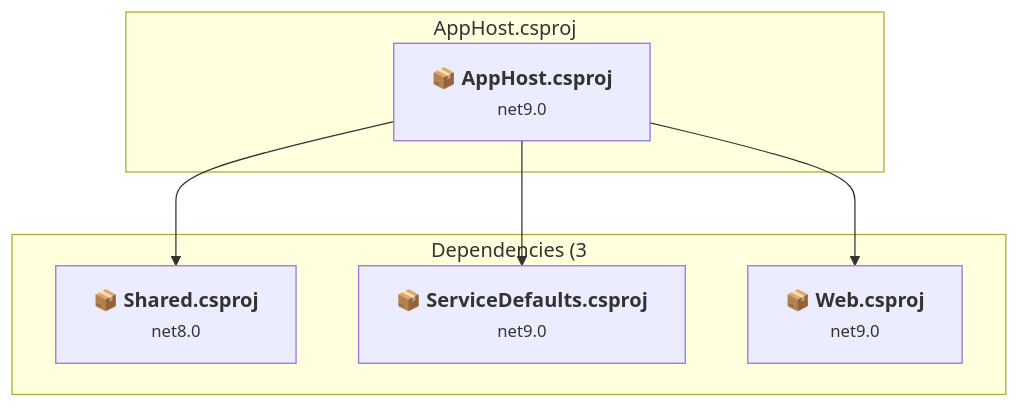
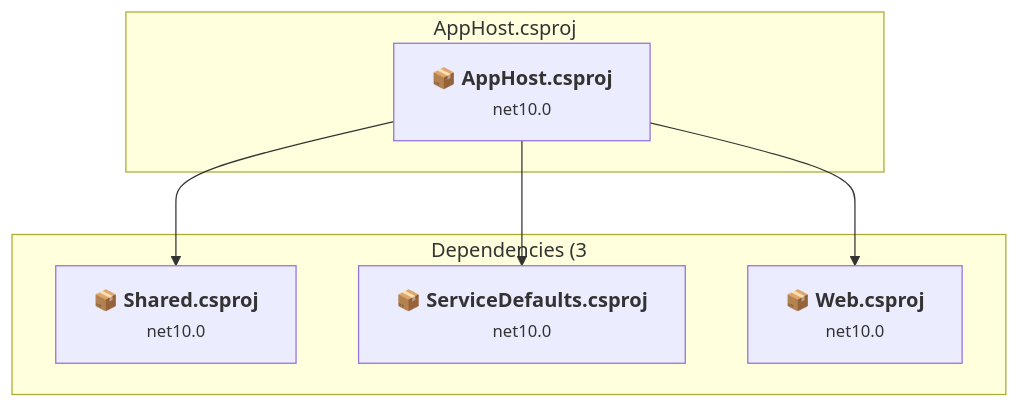
One commit to mpaulosky/ArticlesSite changed the third of 10 diagrams in .github/upgrades/assessment.md. Above: the diagram before and after it, drawn with Mermaid. The commit also changed other lines of this file and 11 other files, not shown here.

````diff
--- a/.github/upgrades/assessment.md
+++ b/.github/upgrades/assessment.md
@@ -139,19 +137,19 @@
 ```mermaid
 flowchart TB
     subgraph current["AppHost.csproj"]
-        MAIN["<b>📦&nbsp;AppHost.csproj</b><br/><small>net9.0</small>"]
+        MAIN["<b>📦&nbsp;AppHost.csproj</b><br/><small>net10.0</small>"]
         click MAIN "#srcapphostapphostcsproj"
     end
     subgraph downstream["Dependencies (3"]
-        P4["<b>📦&nbsp;Shared.csproj</b><br/><small>net8.0</small>"]
-        P3["<b>📦&nbsp;ServiceDefaults.csproj</b><br/><small>net9.0</small>"]
-        P5["<b>📦&nbsp;Web.csproj</b><br/><small>net9.0</small>"]
+        P4["<b>📦&nbsp;Shared.csproj</b><br/><small>net10.0</small>"]
+        P3["<b>📦&nbsp;ServiceDefaults.csproj</b><br/><small>net10.0</small>"]
+        P5["<b>📦&nbsp;Web.csproj</b><br/><small>net10.0</small>"]
         click P4 "#srcsharedsharedcsproj"
         click P3 "#srcservicedefaultsservicedefaultscsproj"
         click P5 "#srcwebwebcsproj"
     end
     MAIN --> P4
     MAIN --> P3
     MAIN --> P5
 
 ```
````
